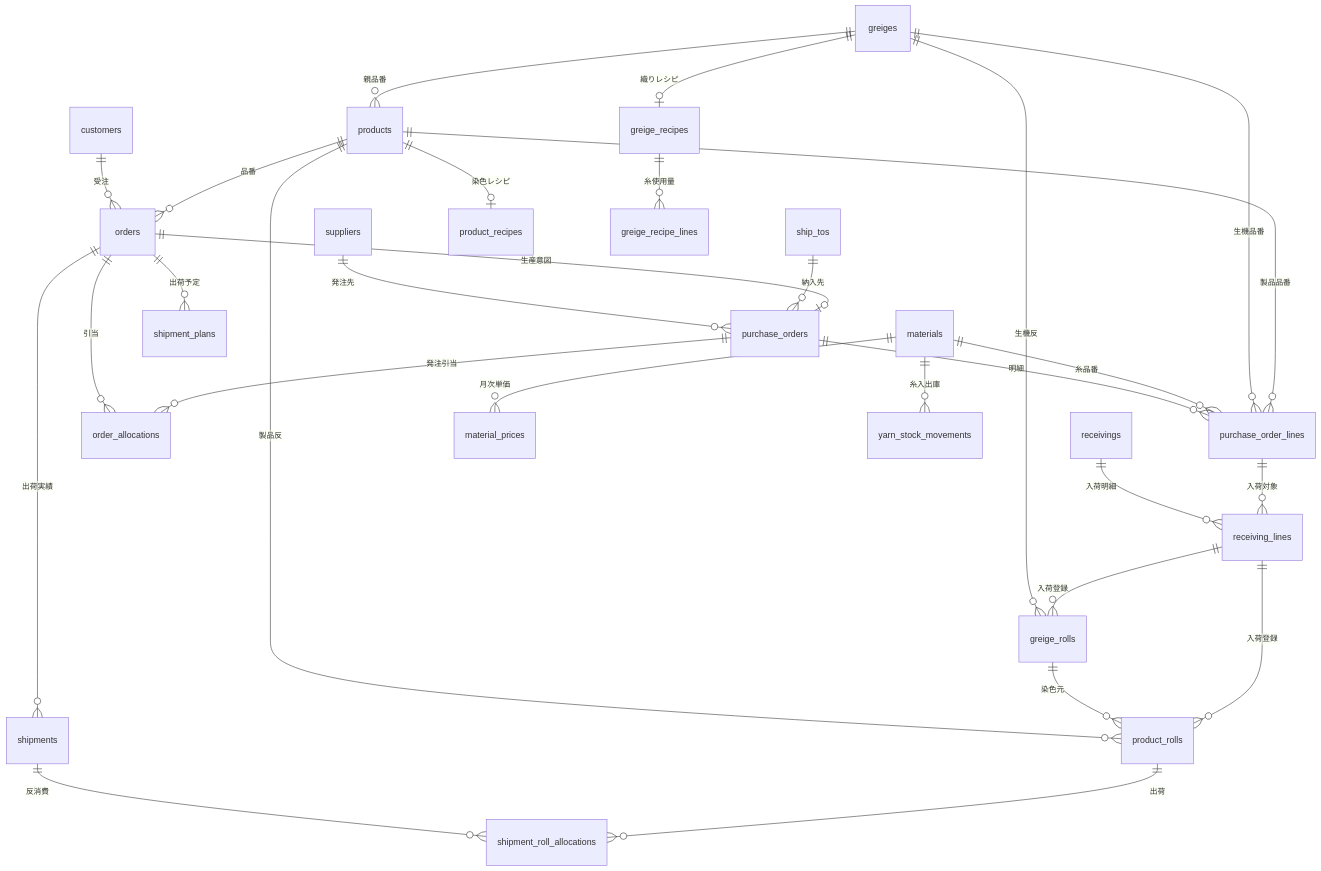
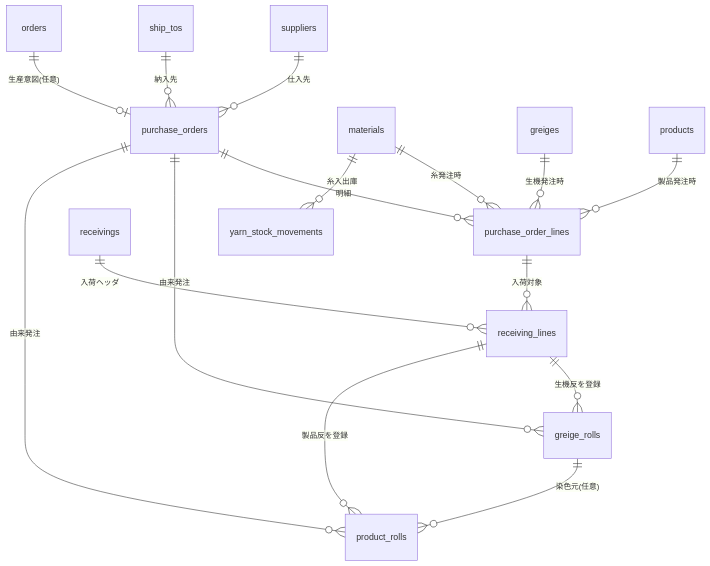
One commit to kachan0566/portfolio changed the third of 6 diagrams in memo/DBplan.md. Above: the diagram before and after it, drawn with Mermaid. The commit also changed other lines of this file and 1 other file, not shown here.

First line of the commit message:
docs: DB設計の段階番号を本線0〜10に整理しER図を分割

````diff
--- a/memo/DBplan.md
+++ b/memo/DBplan.md
@@ -115,31 +235,18 @@
 ```mermaid
 erDiagram
-    customers ||--o{ orders : "受注"
-    products ||--o{ orders : "品番"
-    greiges ||--o{ products : "親品番"
-    greiges ||--o{ greige_rolls : "生機反"
-    products ||--o{ product_rolls : "製品反"
-    greige_rolls ||--o{ product_rolls : "染色元"
-    suppliers ||--o{ purchase_orders : "発注先"
+    suppliers ||--o{ purchase_orders : "仕入先"
     ship_tos ||--o{ purchase_orders : "納入先"
-    orders ||--o| purchase_orders : "生産意図"
+    orders ||--o| purchase_orders : "生産意図(任意)"
     purchase_orders ||--o{ purchase_order_lines : "明細"
-    materials ||--o{ purchase_order_lines : "糸品番"
-    greiges ||--o{ purchase_order_lines : "生機品番"
-    products ||--o{ purchase_order_lines : "製品品番"
-    orders ||--o{ order_allocations : "引当"
-    purchase_orders ||--o{ order_allocations : "発注引当"
-    receivings ||--o{ receiving_lines : "入荷明細"
+    materials ||--o{ purchase_order_lines : "糸発注時"
+    greiges ||--o{ purchase_order_lines : "生機発注時"
+    products ||--o{ purchase_order_lines : "製品発注時"
     purchase_order_lines ||--o{ receiving_lines : "入荷対象"
-    receiving_lines ||--o{ greige_rolls : "入荷登録"
-    receiving_lines ||--o{ product_rolls : "入荷登録"
-    orders ||--o{ shipment_plans : "出荷予定"
-    orders ||--o{ shipments : "出荷実績"
-    shipments ||--o{ shipment_roll_allocations : "反消費"
-    product_rolls ||--o{ shipment_roll_allocations : "出荷"
-    products ||--o| product_recipes : "染色レシピ"
-    greiges ||--o| greige_recipes : "織りレシピ"
-    greige_recipes ||--o{ greige_recipe_lines : "糸使用量"
-    materials ||--o{ material_prices : "月次単価"
+    receivings ||--o{ receiving_lines : "入荷ヘッダ"
+    receiving_lines ||--o{ greige_rolls : "生機反を登録"
+    receiving_lines ||--o{ product_rolls : "製品反を登録"
+    purchase_orders ||--o{ greige_rolls : "由来発注"
+    purchase_orders ||--o{ product_rolls : "由来発注"
+    greige_rolls ||--o{ product_rolls : "染色元(任意)"
     materials ||--o{ yarn_stock_movements : "糸入出庫"
 ```
````
